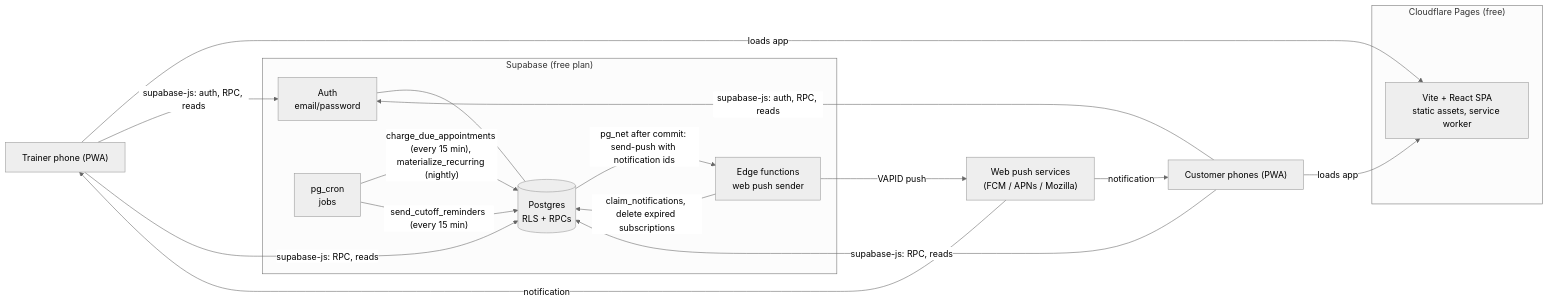
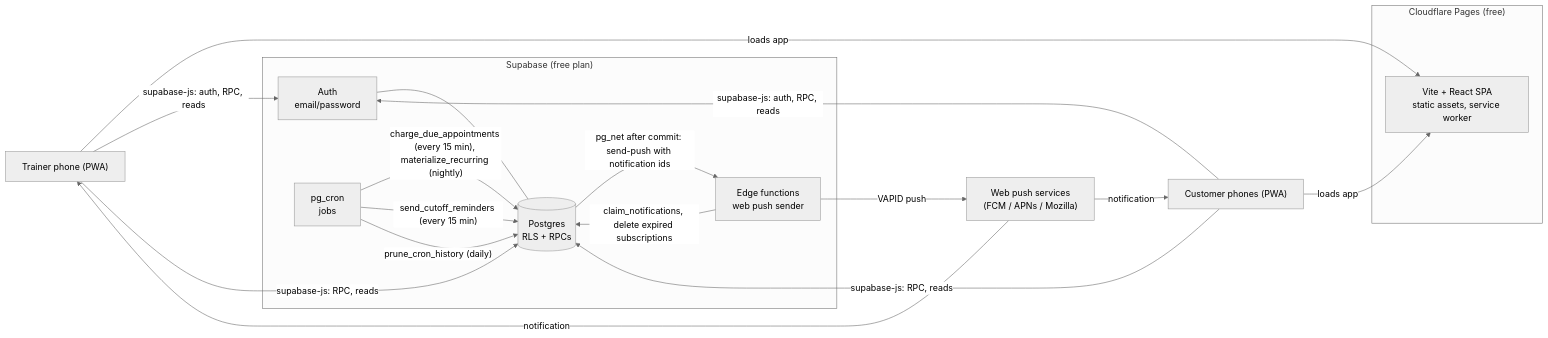
Before and after one commit to JasaGlazar/amrap: the diagram in docs/architecture/system-context.md, drawn with Mermaid (neutral theme). The commit also changed 12 other files, not shown here.

First line of the commit message:
feat(db): prune the pg_cron run log to 14 days; retention policy and size check

````diff
--- a/docs/architecture/system-context.md
+++ b/docs/architecture/system-context.md
@@ -10,30 +10,31 @@
 ```mermaid
 flowchart LR
     trainer["Trainer phone (PWA)"]
     customer["Customer phones (PWA)"]
     subgraph cf["Cloudflare Pages (free)"]
         spa["Vite + React SPA<br/>static assets, service worker"]
     end
     subgraph sb["Supabase (free plan)"]
         auth["Auth<br/>email/password"]
         pg[("Postgres<br/>RLS + RPCs")]
         cron["pg_cron<br/>jobs"]
         edge["Edge functions<br/>web push sender"]
     end
     push["Web push services<br/>(FCM / APNs / Mozilla)"]
 
     trainer -->|"loads app"| spa
     customer -->|"loads app"| spa
     trainer -->|"supabase-js: auth, RPC, reads"| auth
     trainer -->|"supabase-js: RPC, reads"| pg
     customer -->|"supabase-js: auth, RPC, reads"| auth
     customer -->|"supabase-js: RPC, reads"| pg
     auth --- pg
     cron -->|"charge_due_appointments (every 15 min), materialize_recurring (nightly)"| pg
     cron -->|"send_cutoff_reminders (every 15 min)"| pg
+    cron -->|"prune_cron_history (daily)"| pg
     pg -->|"pg_net after commit: send-push with notification ids"| edge
     edge -->|"claim_notifications, delete expired subscriptions"| pg
     edge -->|"VAPID push"| push
     push -->|"notification"| trainer
     push -->|"notification"| customer
 ```
````
